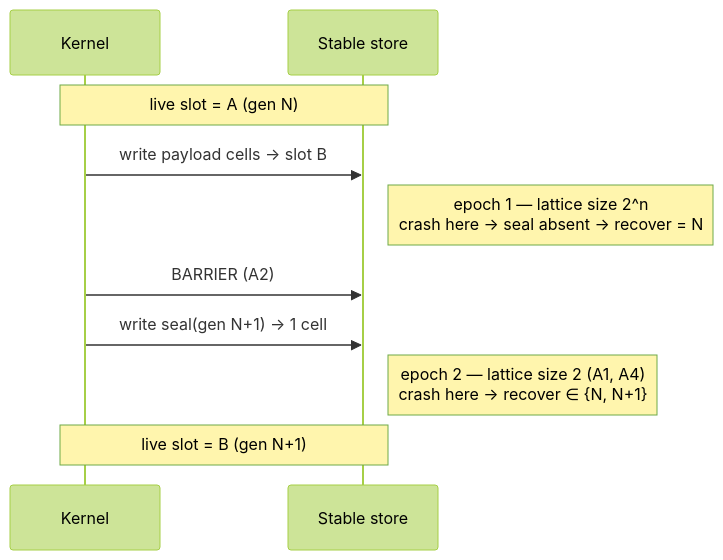
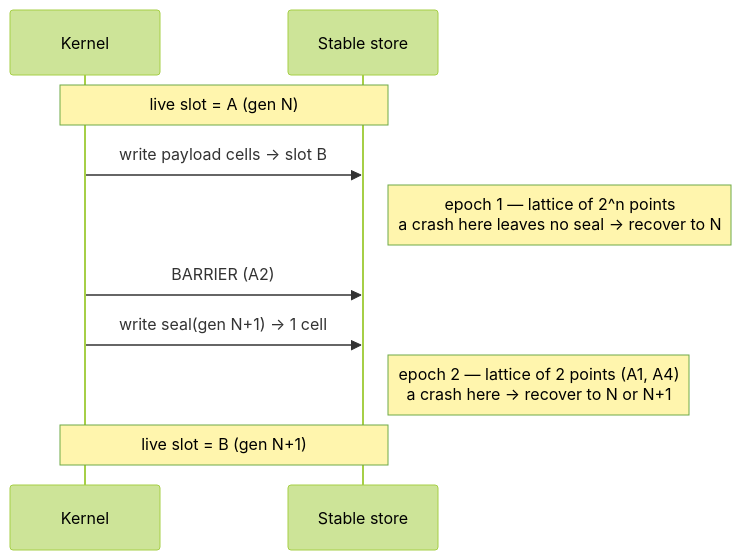
The diagram in docs/design/0001-checkpoint-storage-model.md (madmax983/highlander), drawn with Mermaid (forest theme) before and after one commit. The commit also changed other lines of this file and 3 other files, not shown here.

````diff
--- a/docs/design/0001-checkpoint-storage-model.md
+++ b/docs/design/0001-checkpoint-storage-model.md
@@ -197,12 +199,12 @@
 ```mermaid
 sequenceDiagram
     participant K as Kernel
     participant S as Stable store
     Note over K,S: live slot = A (gen N)
     K->>S: write payload cells → slot B
-    Note right of S: epoch 1 — lattice size 2^n<br/>crash here → seal absent → recover = N
+    Note right of S: epoch 1 — lattice of 2^n points<br/>a crash here leaves no seal → recover to N
     K->>S: BARRIER (A2)
     K->>S: write seal(gen N+1) → 1 cell
-    Note right of S: epoch 2 — lattice size 2 (A1, A4)<br/>crash here → recover ∈ {N, N+1}
+    Note right of S: epoch 2 — lattice of 2 points (A1, A4)<br/>a crash here → recover to N or N+1
     Note over K,S: live slot = B (gen N+1)
 ```
````
